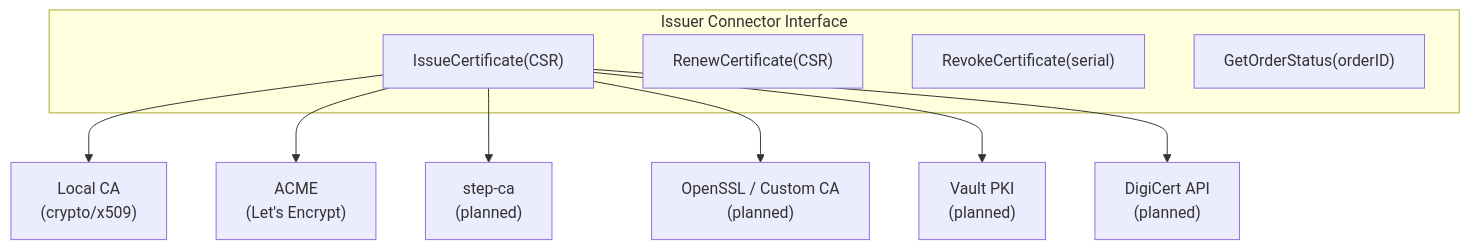
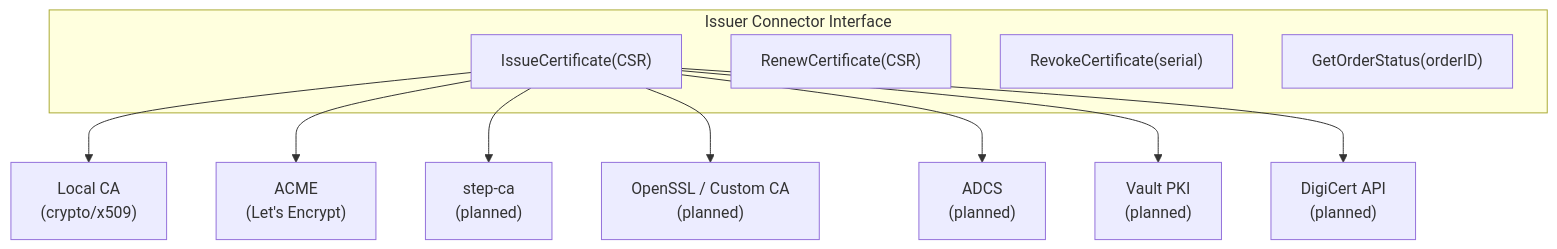
Before and after one commit to certctl-io/certctl: the second of 6 diagrams in docs/demo-advanced.md, drawn with Mermaid. The commit also changed other lines of this file and 3 other files, not shown here.

First line of the commit message:
docs: add ADCS issuer connector to V2 roadmap

````diff
--- a/docs/demo-advanced.md
+++ b/docs/demo-advanced.md
@@ -121,16 +121,17 @@
 ```mermaid
 flowchart TD
     subgraph "Issuer Connector Interface"
         A["IssueCertificate(CSR)"]
         B["RenewCertificate(CSR)"]
         C["RevokeCertificate(serial)"]
         D["GetOrderStatus(orderID)"]
     end
 
     A --> E["Local CA\n(crypto/x509)"]
     A --> F["ACME\n(Let's Encrypt)"]
     A --> G["step-ca\n(planned)"]
     A --> H["OpenSSL / Custom CA\n(planned)"]
-    A --> I["Vault PKI\n(planned)"]
-    A --> J["DigiCert API\n(planned)"]
+    A --> I["ADCS\n(planned)"]
+    A --> J["Vault PKI\n(planned)"]
+    A --> K["DigiCert API\n(planned)"]
 ```
````
